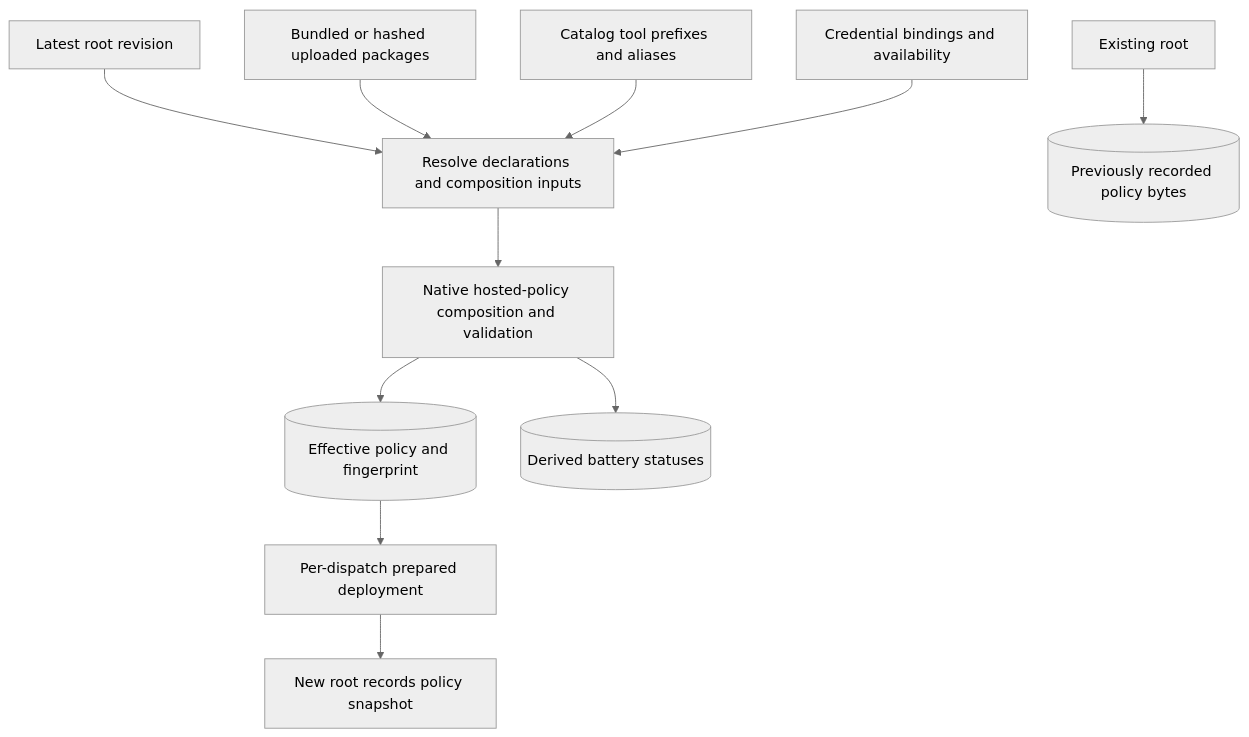
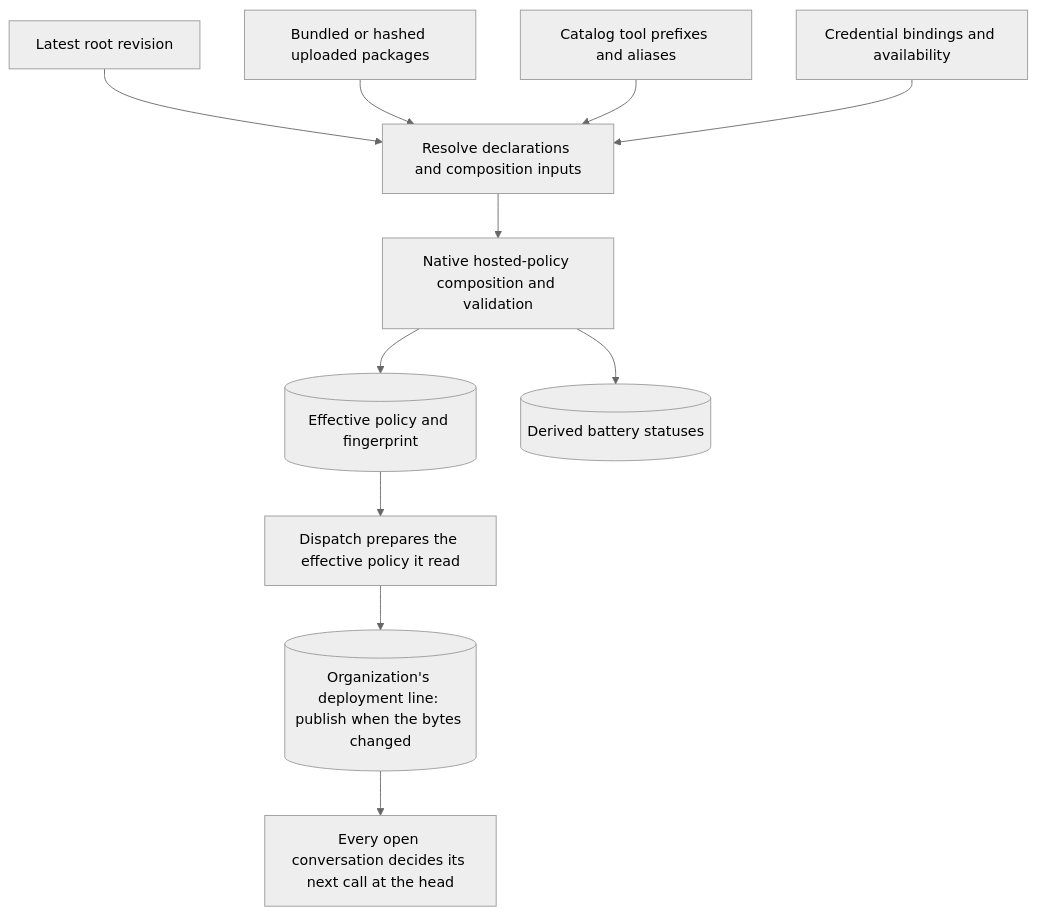
The second of 10 diagrams in docs/openappa-architecture.md (archestra-ai/archestra), drawn with Mermaid (neutral theme) before and after one commit. The commit also changed other lines of this file and 1 other file, not shown here.

First line of the commit message:
docs(openappa): open conversations follow the current policy revision

````diff
--- a/docs/openappa-architecture.md
+++ b/docs/openappa-architecture.md
@@ -118,13 +118,13 @@
 ```mermaid
 flowchart TD
   Root[Latest root revision] --> Plan[Resolve declarations and composition inputs]
   Packages[Bundled or hashed uploaded packages] --> Plan
   Catalog[Catalog tool prefixes and aliases] --> Plan
   Credentials[Credential bindings and availability] --> Plan
   Plan --> Native[Native hosted-policy composition and validation]
   Native --> Effective[(Effective policy and fingerprint)]
   Native --> Status[(Derived battery statuses)]
-  Effective --> Dispatch[Per-dispatch prepared deployment]
-  Dispatch --> NewRoot[New root records policy snapshot]
-  OldRoot[Existing root] --> Snapshot[(Previously recorded policy bytes)]
+  Effective --> Dispatch[Dispatch prepares the effective policy it read]
+  Dispatch --> Publish[(Organization's deployment line: publish when the bytes changed)]
+  Publish --> Conversations[Every open conversation decides its next call at the head]
 ```
````
